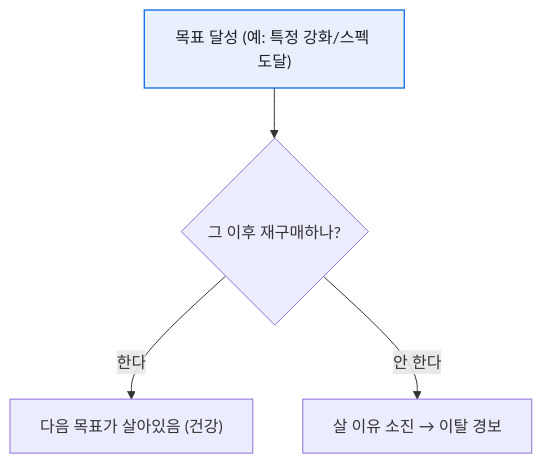
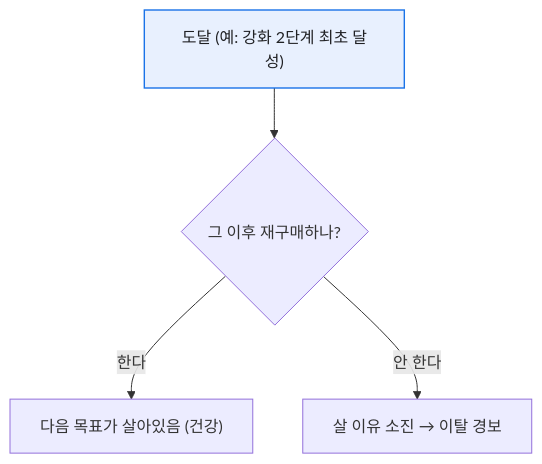
The second of 3 diagrams in content/blog/repurchase-rate-churn-early-warning.md (DBhyeong/DBhyeong.github.io), drawn with Mermaid before and after one commit. The commit also changed other lines of this file and 9 other files, not shown here.

````diff
--- a/content/blog/repurchase-rate-churn-early-warning.md
+++ b/content/blog/repurchase-rate-churn-early-warning.md
@@ -32,8 +32,8 @@
 ```mermaid
 flowchart TB
   classDef s fill:#e8f0fe,stroke:#1a73e8,stroke-width:1.4px,color:#202124
-  G["목표 달성 (예: 특정 강화/스펙 도달)"]:::s
+  G["도달 (예: 강화 2단계 최초 달성)"]:::s
   G --> Q{"그 이후 재구매하나?"}
   Q -->|"한다"| OK["다음 목표가 살아있음 (건강)"]
   Q -->|"안 한다"| WARN["살 이유 소진 → 이탈 경보"]
 ```
````
